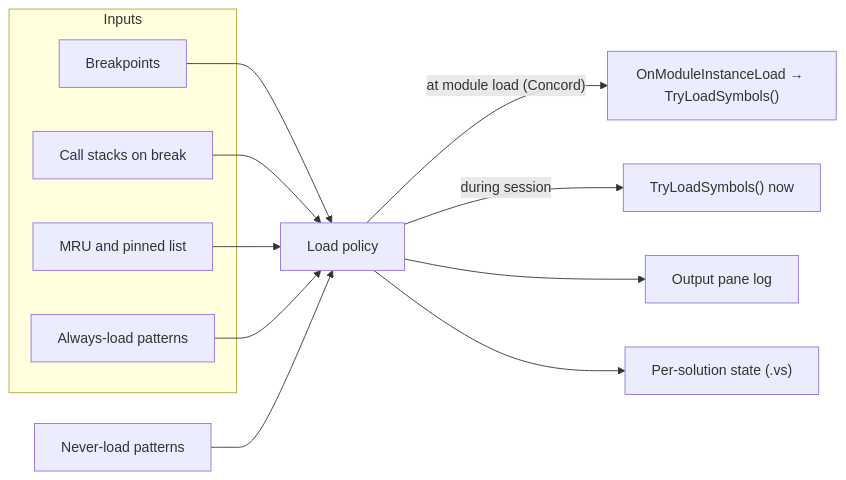
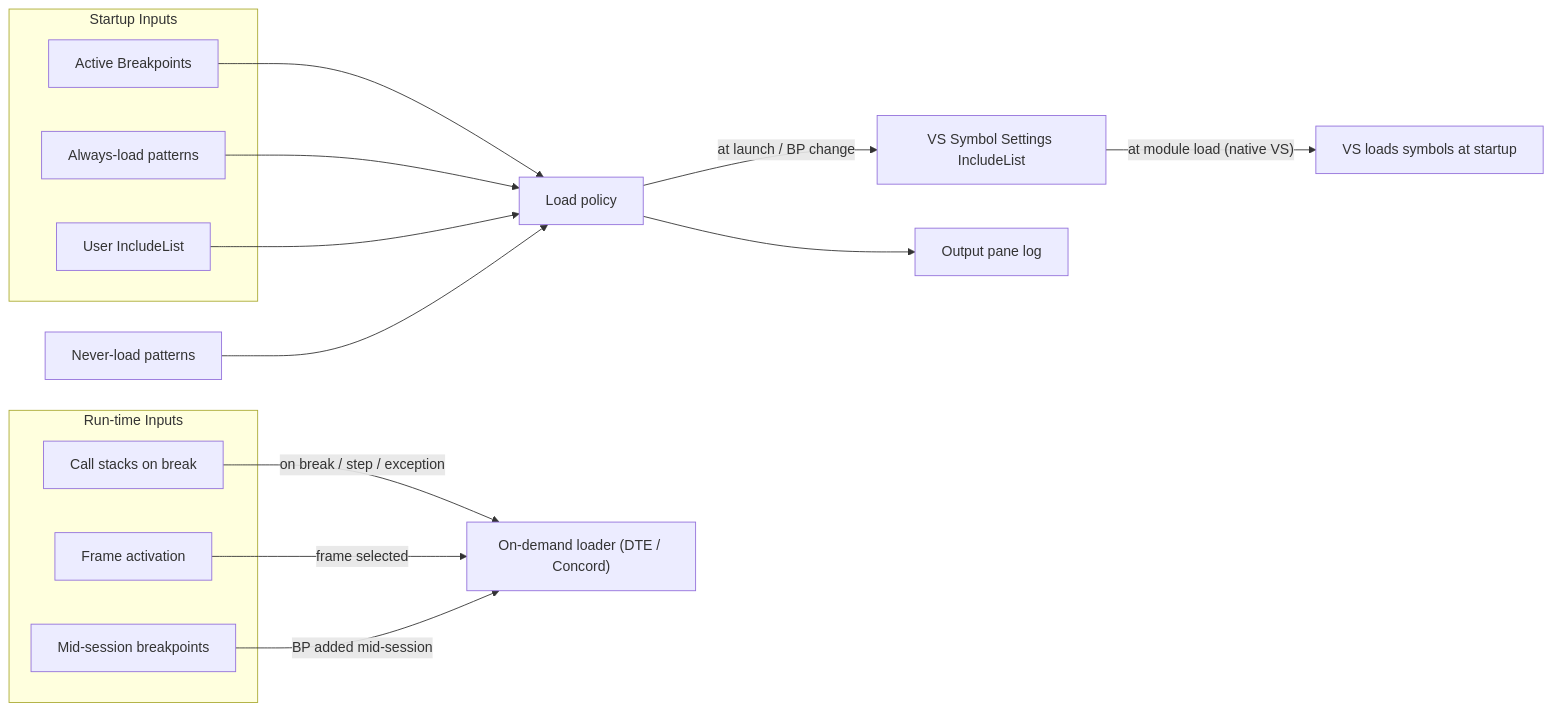
One commit to mattshepcar/VSOnDemandSymbols changed the diagram in docs/SPEC.md. Above: the diagram before and after it, drawn with Mermaid. The commit also changed other lines of this file and 8 other files, not shown here.

Commit message:
docs: simplify architecture and plan per D-20 (drop MRU and pinning)

````diff
--- a/docs/SPEC.md
+++ b/docs/SPEC.md
@@ -64,18 +63,23 @@
 ```mermaid
 flowchart LR
-    subgraph Inputs
-        BP["Breakpoints"]
+    subgraph Startup Inputs
+        BP["Active Breakpoints"]
+        AL["Always-load patterns"]
+        UIN["User IncludeList"]
+    end
+    subgraph Run-time Inputs
         CS["Call stacks on break"]
-        MRU["MRU and pinned list"]
-        AL["Always-load patterns"]
+        FA["Frame activation"]
+        MBP["Mid-session breakpoints"]
     end
     BP --> POL["Load policy"]
-    CS --> POL
-    MRU --> POL
     AL --> POL
+    UIN --> POL
     NL["Never-load patterns"] --> POL
-    POL -->|"at module load (Concord)"| OML["OnModuleInstanceLoad → TryLoadSymbols()"]
-    POL -->|"during session"| LS["TryLoadSymbols() now"]
+    POL -->|"at launch / BP change"| INC["VS Symbol Settings IncludeList"]
+    INC -->|"at module load (native VS)"| VSL["VS loads symbols at startup"]
+    CS -->|"on break / step / exception"| OND["On-demand loader (DTE / Concord)"]
+    FA -->|"frame selected"| OND
+    MBP -->|"BP added mid-session"| OND
     POL --> LOG["Output pane log"]
-    POL --> STATE["Per-solution state (.vs)"]
 ```
````
